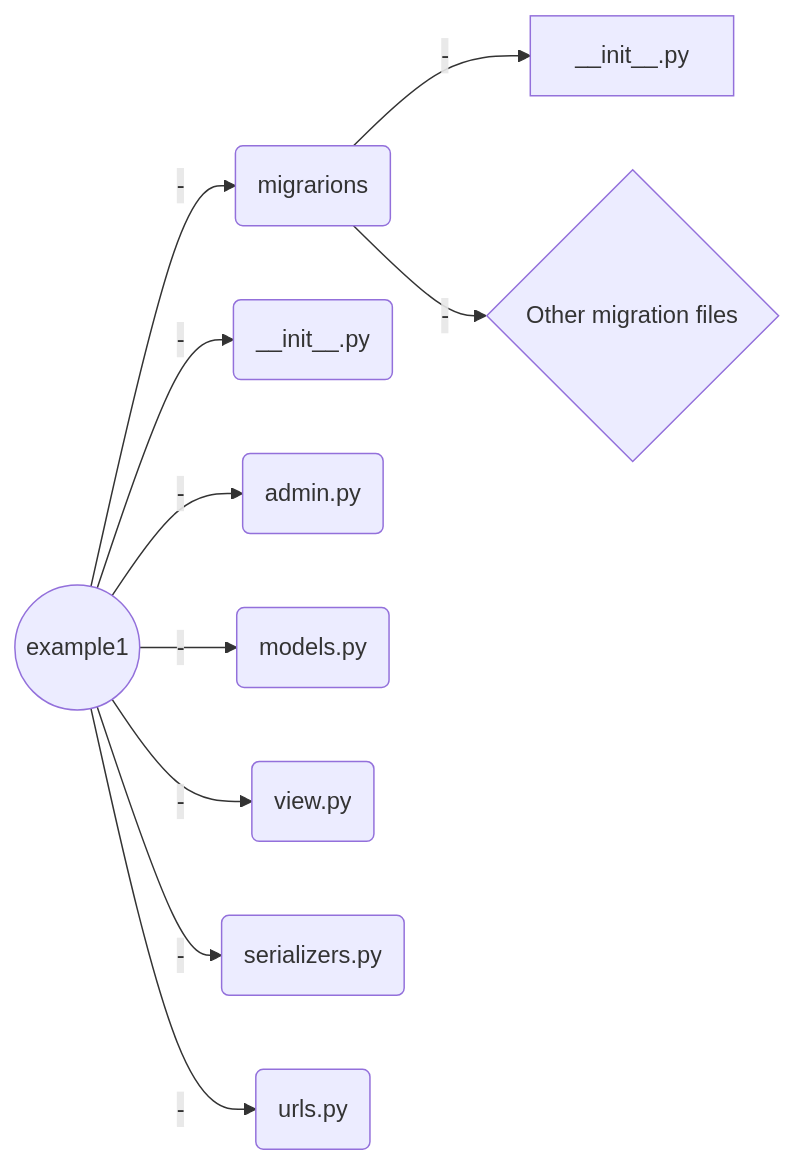
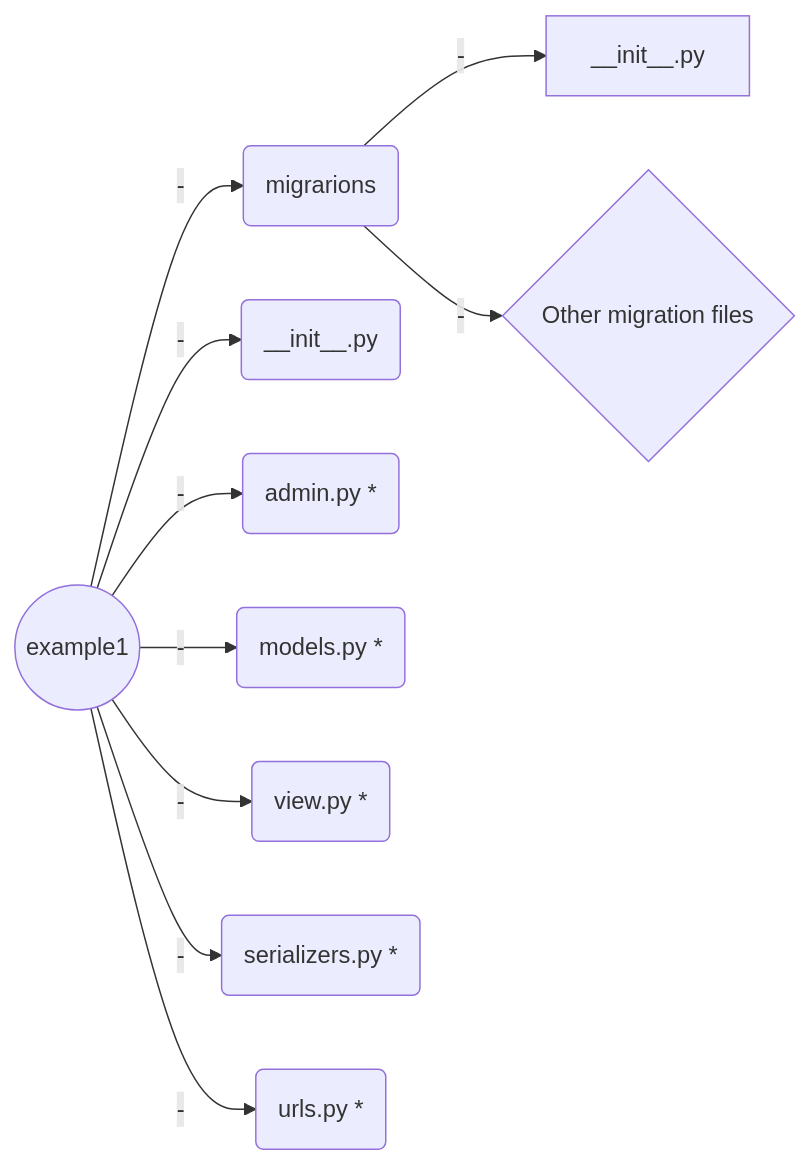
One commit to LooDaHu/ARORA_General_-Introduction changed the first of 3 diagrams in Welcome file.md. Above: the diagram before and after it, drawn with Mermaid. The commit also changed other lines of this file, not shown here.

Commit message:
Welcome file.md updated from https://stackedit.io/

````diff
--- a/Welcome file.md
+++ b/Welcome file.md
@@ -45,12 +45,12 @@
 ```mermaid
 graph LR
 A((example1)) -- - --> B(migrarions) 
 B(migrarions) -- - --> C[__init__.py]
 B(migrarions) -- - --> D{Other migration files}
 A((example1)) -- - --> E(__init__.py) 
-A((example1)) -- - --> F(admin.py) 
-A((example1)) -- - --> G(models.py) 
-A((example1)) -- - --> H(view.py)
-A((example1)) -- - --> I(serializers.py)
-A((example1)) -- - --> J(urls.py)
+A((example1)) -- - --> F(admin.py *) 
+A((example1)) -- - --> G(models.py *) 
+A((example1)) -- - --> H(view.py *)
+A((example1)) -- - --> I(serializers.py *)
+A((example1)) -- - --> J(urls.py *)
 ```
````
